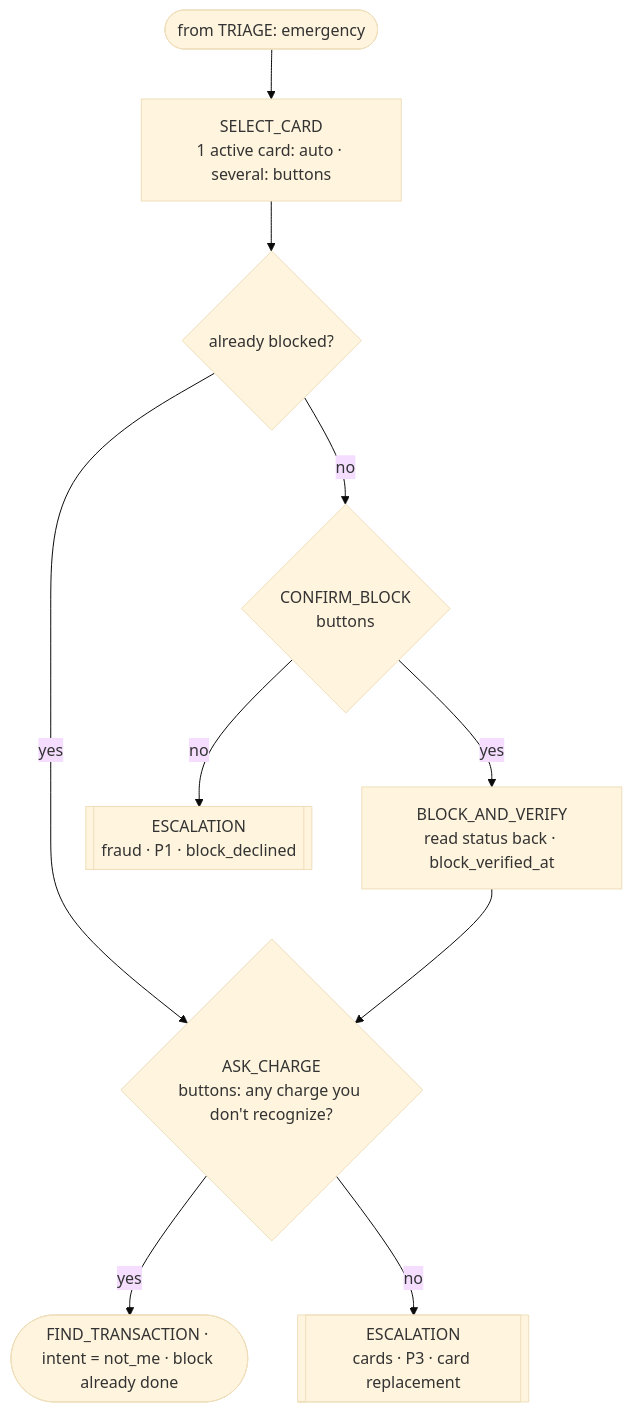
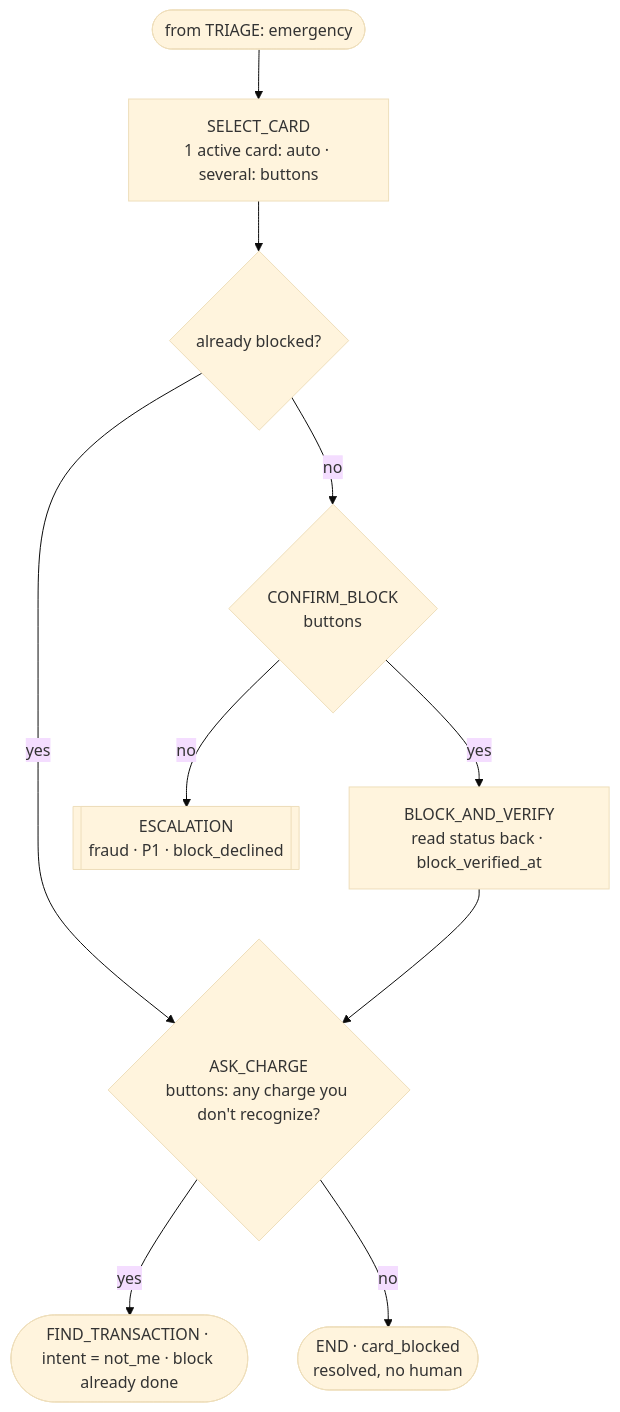
One commit to Valeriacv918/factored-hackathon-2026-epsilon-greedy changed the second of 5 diagrams in docs/STATE_MACHINE2.md. Above: the diagram before and after it, drawn with Mermaid (base theme). The commit also changed 15 other files, not shown here.

````diff
--- a/docs/STATE_MACHINE2.md
+++ b/docs/STATE_MACHINE2.md
@@ -54,12 +54,12 @@
 ```mermaid
 flowchart TD
     IN([from TRIAGE: emergency]) --> SEL["SELECT_CARD<br/>1 active card: auto · several: buttons"]
     SEL --> AB{already blocked?}
     AB -- no --> CB{"CONFIRM_BLOCK<br/>buttons"}
     CB -- yes --> BV["BLOCK_AND_VERIFY<br/>read status back · block_verified_at"]
     CB -- no --> ESCP1[["ESCALATION<br/>fraud · P1 · block_declined"]]
     AB -- yes --> ASK
     BV --> ASK{"ASK_CHARGE<br/>buttons: any charge you don't recognize?"}
     ASK -- yes --> FIND([FIND_TRANSACTION · intent = not_me · block already done])
-    ASK -- no --> ESCP3[["ESCALATION<br/>cards · P3 · card replacement"]]
+    ASK -- no --> DONE(["END · card_blocked<br/>resolved, no human"])
 ```
````
